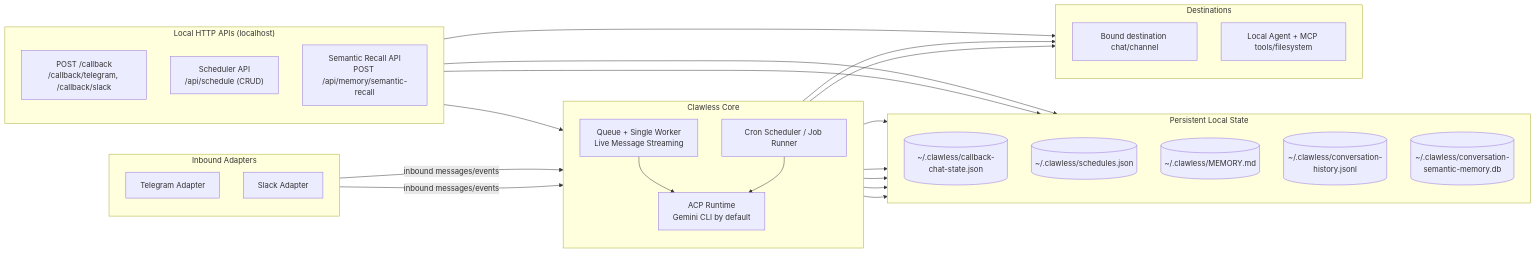
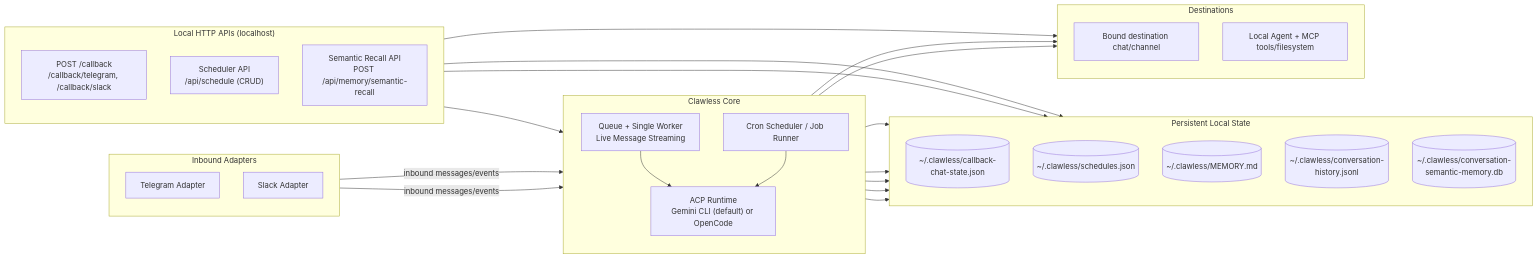
The diagram in README.md (HainanZhao/clawless), drawn with Mermaid before and after one commit. The commit also changed other lines of this file and 2 other files, not shown here.

````diff
--- a/README.md
+++ b/README.md
@@ -50,56 +59,56 @@
 ```mermaid
 flowchart LR
   subgraph IN["Inbound Adapters"]
     direction TB
     TG[Telegram Adapter]
     SL[Slack Adapter]
   end
 
   subgraph CORE["Clawless Core"]
     direction TB
     Q["Queue + Single Worker<br/>Live Message Streaming"]
-    ACP["ACP Runtime<br/>Gemini CLI by default"]
+    ACP["ACP Runtime<br/>Gemini CLI (default) or OpenCode"]
     CRON[Cron Scheduler / Job Runner]
   end
 
   subgraph API["Local HTTP APIs (localhost)"]
     direction TB
     CB["POST /callback<br/>/callback/telegram, /callback/slack"]
     SA["Scheduler API<br/>/api/schedule (CRUD)"]
     SR["Semantic Recall API<br/>POST /api/memory/semantic-recall"]
   end
 
   subgraph STATE["Persistent Local State"]
     direction TB
     CHAT[(~/.clawless/callback-chat-state.json)]
     SCH[(~/.clawless/schedules.json)]
     MEM[(~/.clawless/MEMORY.md)]
     HIST[(~/.clawless/conversation-history.jsonl)]
     SEM[(~/.clawless/conversation-semantic-memory.db)]
   end
 
   subgraph OUT["Destinations"]
     direction TB
     DEST[Bound destination chat/channel]
     AGENT[Local Agent + MCP tools/filesystem]
   end
 
   TG -->|inbound messages/events| Q
   SL -->|inbound messages/events| Q
 
   Q --> ACP
   ACP --> AGENT
   ACP --> MEM
   Q --> HIST
 
   SA --> CRON
   CRON --> ACP
   CRON --> SCH
   ACP --> SEM
   SR --> SEM
 
   CB --> CHAT
   CB --> DEST
   Q --> CHAT
   Q --> DEST
 ```
````
